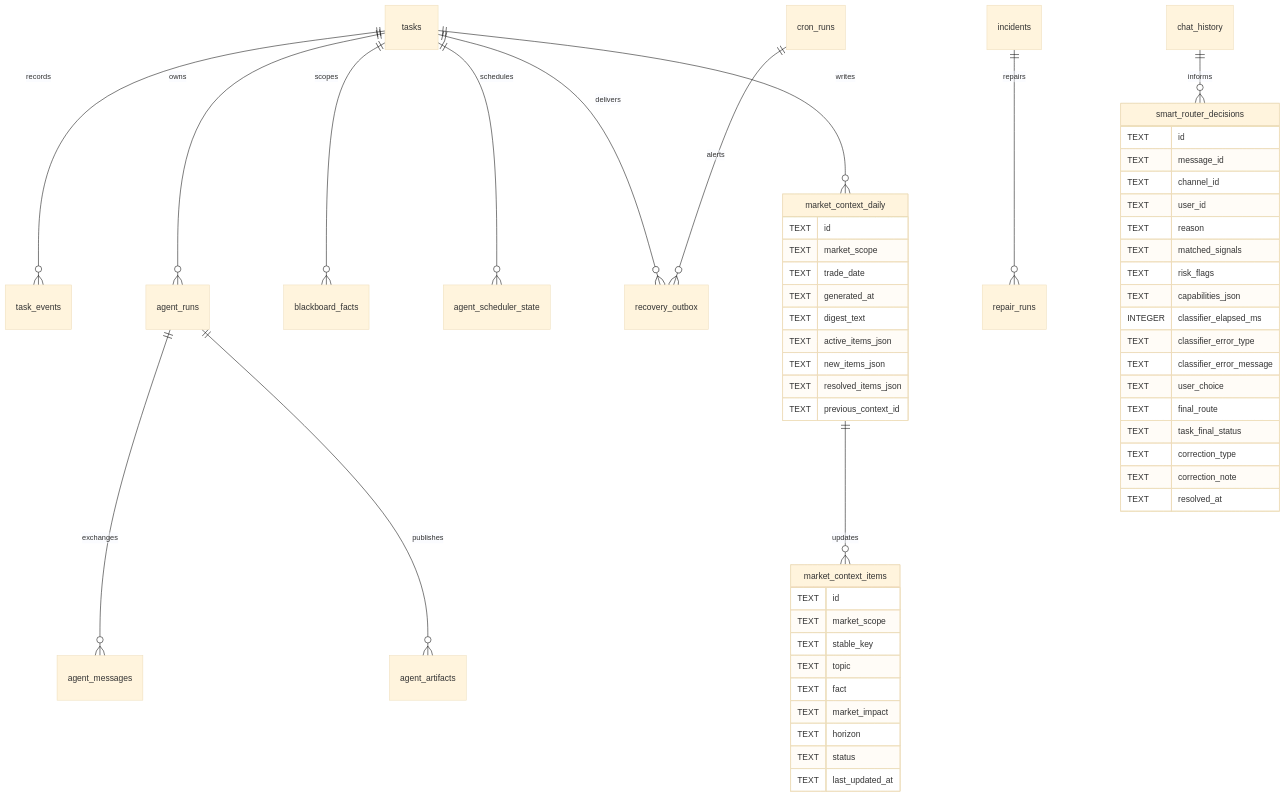
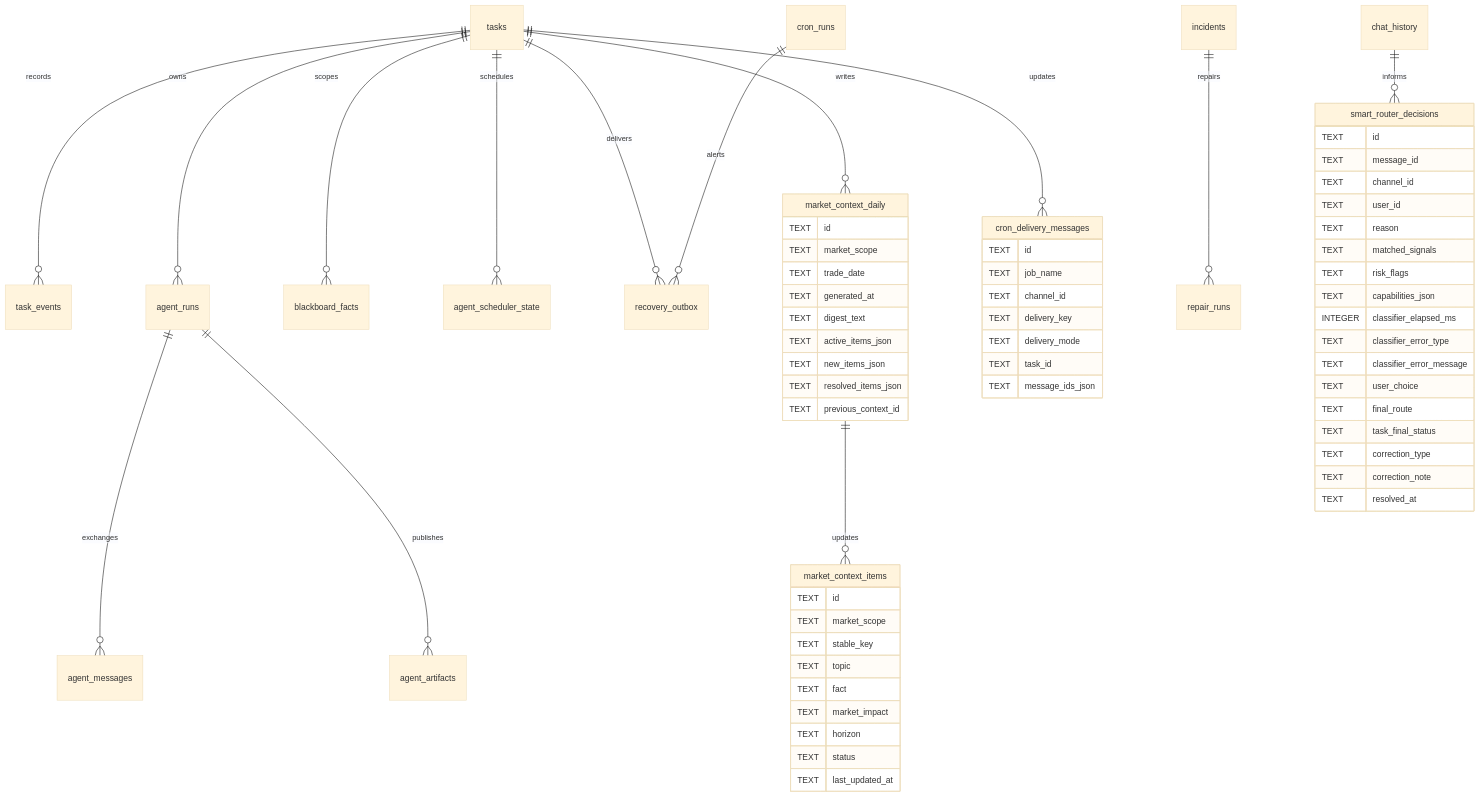
The sixth of 6 diagrams in docs/architecture.md (yuanyunfan/miniclaw), drawn with Mermaid (base theme) before and after one commit. The commit also changed other lines of this file and 17 other files, not shown here.

Commit message:
feat: add daily cron message groups

````diff
--- a/docs/architecture.md
+++ b/docs/architecture.md
@@ -220,59 +221,70 @@
 ```mermaid
 erDiagram
   tasks ||--o{ task_events : records
   tasks ||--o{ agent_runs : owns
   agent_runs ||--o{ agent_messages : exchanges
   agent_runs ||--o{ agent_artifacts : publishes
   tasks ||--o{ blackboard_facts : scopes
   tasks ||--o{ agent_scheduler_state : schedules
   tasks ||--o{ recovery_outbox : delivers
   tasks ||--o{ market_context_daily : writes
   cron_runs ||--o{ recovery_outbox : alerts
+  tasks ||--o{ cron_delivery_messages : updates
   incidents ||--o{ repair_runs : repairs
   chat_history ||--o{ smart_router_decisions : informs
   market_context_daily ||--o{ market_context_items : updates
 
   smart_router_decisions {
     TEXT id
     TEXT message_id
     TEXT channel_id
     TEXT user_id
     TEXT reason
     TEXT matched_signals
     TEXT risk_flags
     TEXT capabilities_json
     INTEGER classifier_elapsed_ms
     TEXT classifier_error_type
     TEXT classifier_error_message
     TEXT user_choice
     TEXT final_route
     TEXT task_final_status
     TEXT correction_type
     TEXT correction_note
     TEXT resolved_at
   }
 
   market_context_daily {
     TEXT id
     TEXT market_scope
     TEXT trade_date
     TEXT generated_at
     TEXT digest_text
     TEXT active_items_json
     TEXT new_items_json
     TEXT resolved_items_json
     TEXT previous_context_id
   }
 
   market_context_items {
     TEXT id
     TEXT market_scope
     TEXT stable_key
     TEXT topic
     TEXT fact
     TEXT market_impact
     TEXT horizon
     TEXT status
     TEXT last_updated_at
   }
+
+  cron_delivery_messages {
+    TEXT id
+    TEXT job_name
+    TEXT channel_id
+    TEXT delivery_key
+    TEXT delivery_mode
+    TEXT task_id
+    TEXT message_ids_json
+  }
 ```
````
